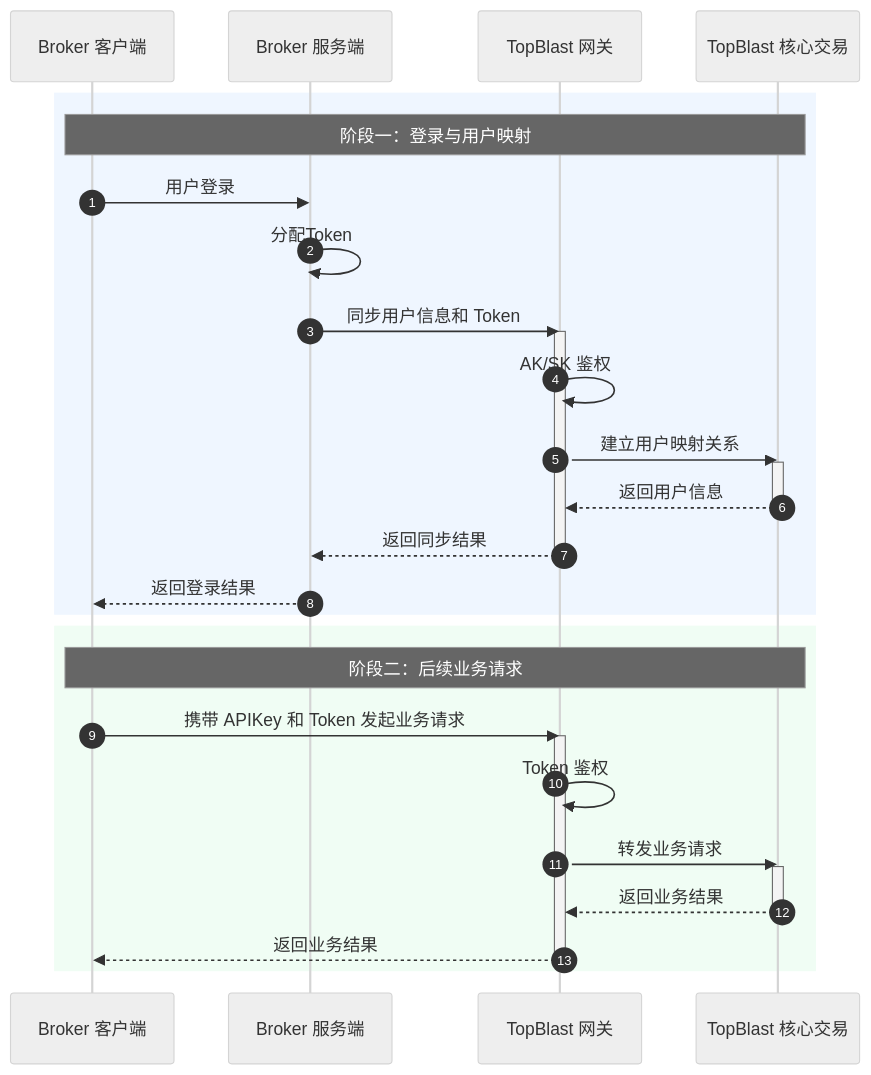
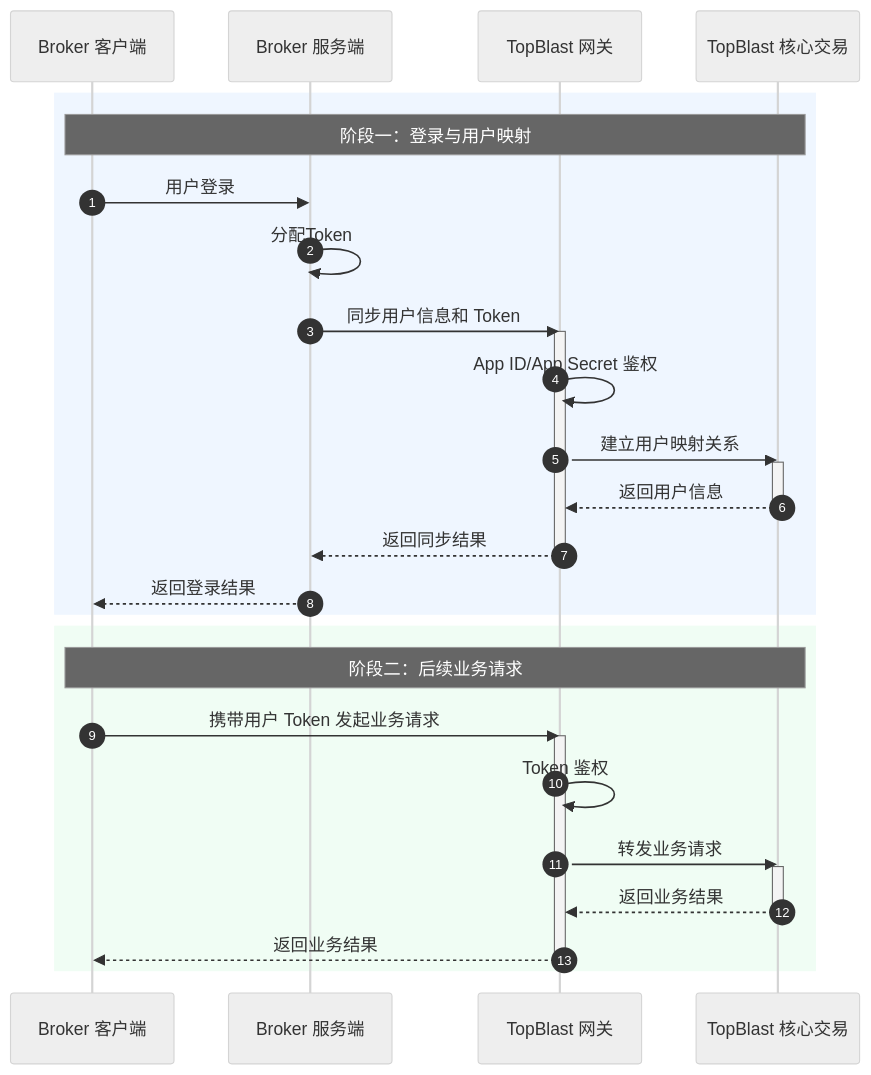
Before and after one commit to topblast-trade/docs: the diagram in cn/broker/guide/introduction.mdx, drawn with Mermaid (neutral theme). The commit also changed other lines of this file and 20 other files, not shown here.

````diff
--- a/cn/broker/guide/introduction.mdx
+++ b/cn/broker/guide/introduction.mdx
@@ -49,40 +49,40 @@
 ```mermaid
 sequenceDiagram
     autonumber
 
     participant BrokerClient as Broker 客户端
     participant BrokerServer as Broker 服务端
     participant Gateway as TopBlast 网关
     participant Core as TopBlast 核心交易
 
     rect rgb(239, 246, 255)
         Note over BrokerClient,Core: 阶段一：登录与用户映射
 
         BrokerClient->>BrokerServer: 用户登录
         BrokerServer->>BrokerServer: 分配Token
         BrokerServer->>Gateway: 同步用户信息和 Token
         activate Gateway
-        Gateway->>Gateway: AK/SK 鉴权
+        Gateway->>Gateway: App ID/App Secret 鉴权
         Gateway->>Core: 建立用户映射关系
         activate Core
         Core-->>Gateway: 返回用户信息
         deactivate Core
         Gateway-->>BrokerServer: 返回同步结果
         deactivate Gateway
         BrokerServer-->>BrokerClient: 返回登录结果
     end
 
     rect rgb(240, 253, 244)
         Note over BrokerClient,Core: 阶段二：后续业务请求
 
-        BrokerClient->>Gateway: 携带 APIKey 和 Token 发起业务请求
+        BrokerClient->>Gateway: 携带用户 Token 发起业务请求
         activate Gateway
         Gateway->>Gateway: Token 鉴权
         Gateway->>Core: 转发业务请求
         activate Core
         Core-->>Gateway: 返回业务结果
         deactivate Core
         Gateway-->>BrokerClient: 返回业务结果
         deactivate Gateway
     end
 ```
````
